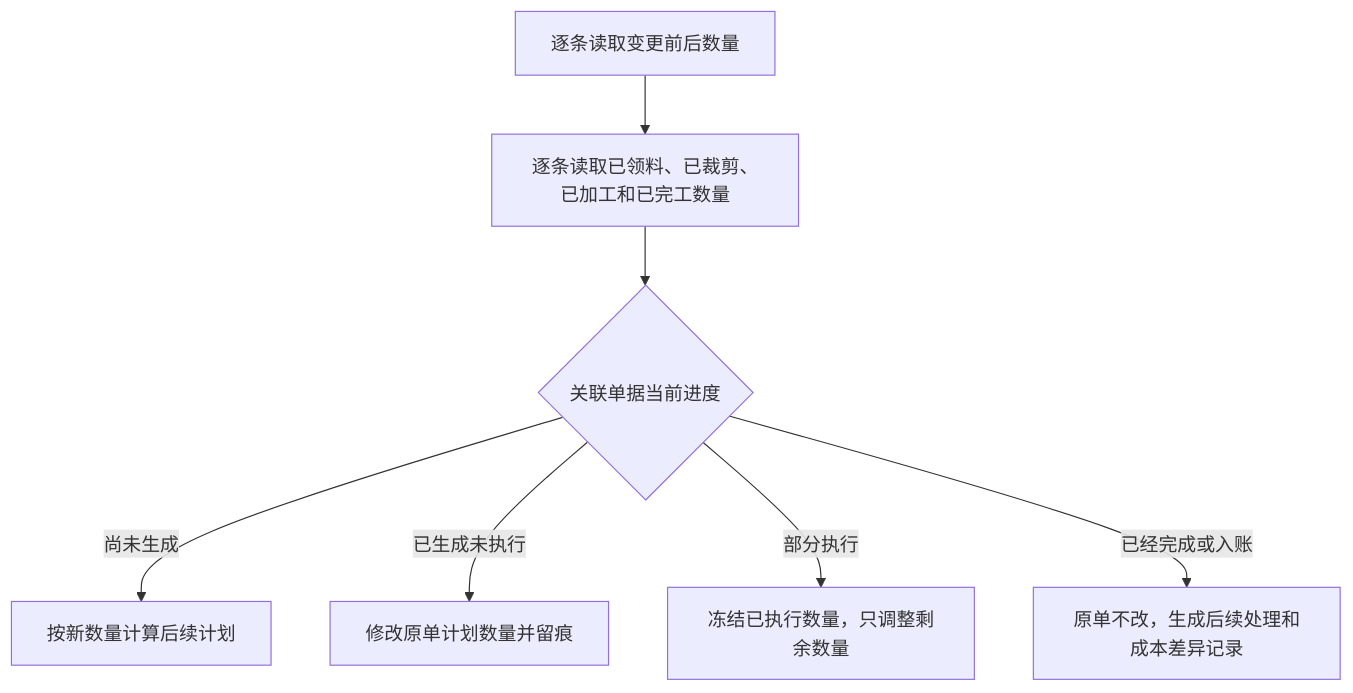
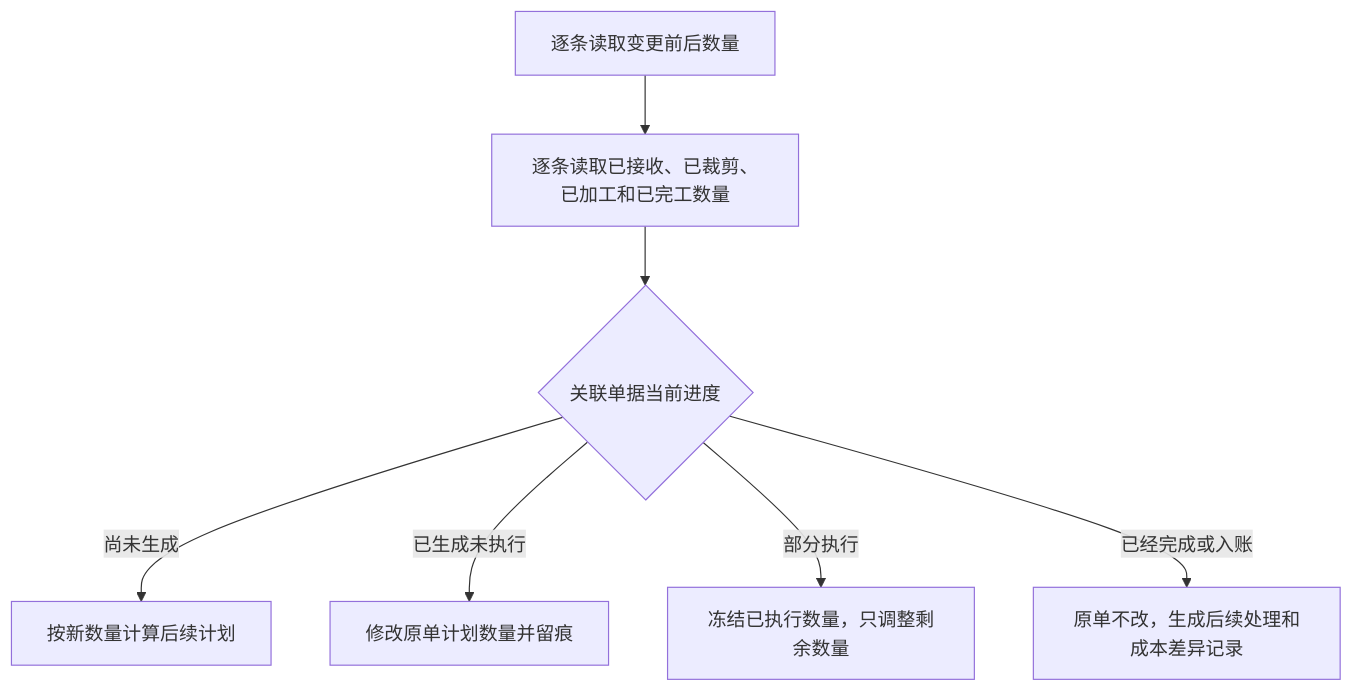
One commit to laoertongxue/higoods changed the third of 7 diagrams in docs/superpowers/specs/2026-07-10-production-order-change-final-design.md. Above: the diagram before and after it, drawn with Mermaid. The commit also changed other lines of this file and 312 other files, not shown here.

````diff
--- a/docs/superpowers/specs/2026-07-10-production-order-change-final-design.md
+++ b/docs/superpowers/specs/2026-07-10-production-order-change-final-design.md
@@ -141,9 +141,9 @@
 ```mermaid
 flowchart TD
-  逐条数量["逐条读取变更前后数量"] --> 逐条事实["逐条读取已领料、已裁剪、已加工和已完工数量"]
+  逐条数量["逐条读取变更前后数量"] --> 逐条事实["逐条读取已接收、已裁剪、已加工和已完工数量"]
   逐条事实 --> 判断进度{"关联单据当前进度"}
   判断进度 -->|"尚未生成"| 重算计划["按新数量计算后续计划"]
   判断进度 -->|"已生成未执行"| 修改原单["修改原单计划数量并留痕"]
   判断进度 -->|"部分执行"| 冻结事实["冻结已执行数量，只调整剩余数量"]
   判断进度 -->|"已经完成或入账"| 新建处理["原单不改，生成后续处理和成本差异记录"]
 ```
````
